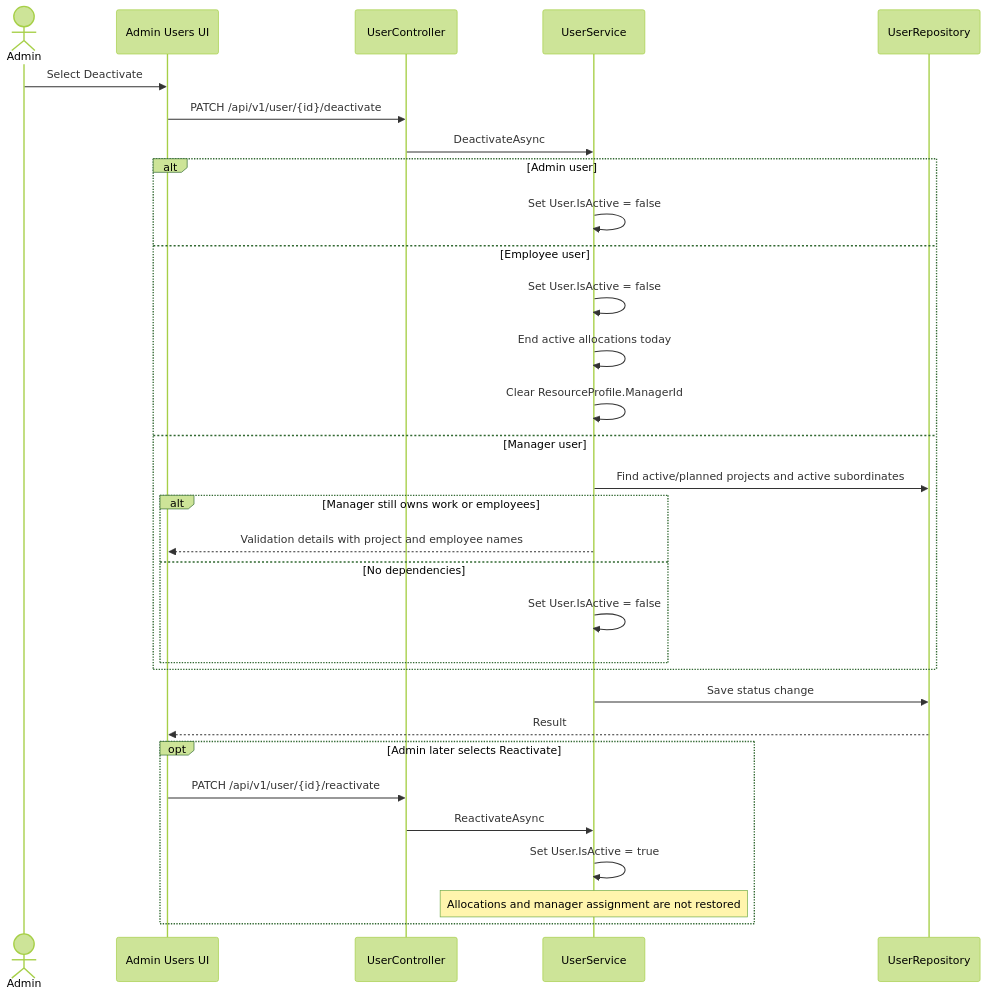
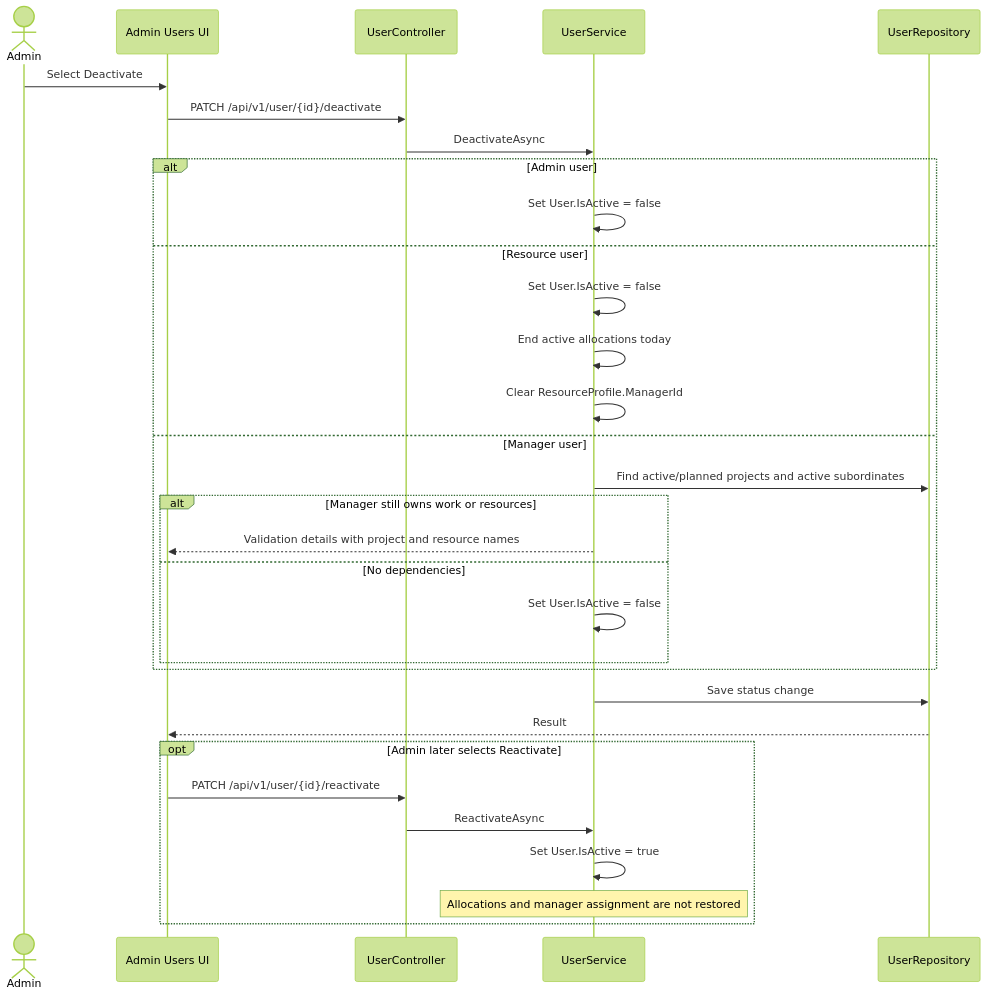
Before and after one commit to AayushGargITT/AayushGarg-LearnCode-2025-26: the tenth of 22 diagrams in ResourceMindAi/readme.md, drawn with Mermaid (forest theme). The commit also changed other lines of this file and 78 other files, not shown here.

First line of the commit message:
refactor: rename employee references to resource and refresh system documentation

````diff
--- a/ResourceMindAi/readme.md
+++ b/ResourceMindAi/readme.md
@@ -531,37 +736,37 @@
 ```mermaid
 sequenceDiagram
     actor Admin
     participant UI as Admin Users UI
     participant API as UserController
     participant Service as UserService
     participant Repo as UserRepository
 
     Admin->>UI: Select Deactivate
     UI->>API: PATCH /api/v1/user/{id}/deactivate
     API->>Service: DeactivateAsync
 
     alt Admin user
         Service->>Service: Set User.IsActive = false
-    else Employee user
+    else Resource user
         Service->>Service: Set User.IsActive = false
         Service->>Service: End active allocations today
         Service->>Service: Clear ResourceProfile.ManagerId
     else Manager user
         Service->>Repo: Find active/planned projects and active subordinates
-        alt Manager still owns work or employees
-            Service-->>UI: Validation details with project and employee names
+        alt Manager still owns work or resources
+            Service-->>UI: Validation details with project and resource names
         else No dependencies
             Service->>Service: Set User.IsActive = false
         end
     end
 
     Service->>Repo: Save status change
     Repo-->>UI: Result
 
     opt Admin later selects Reactivate
         UI->>API: PATCH /api/v1/user/{id}/reactivate
         API->>Service: ReactivateAsync
         Service->>Service: Set User.IsActive = true
         Note over Service: Allocations and manager assignment are not restored
     end
 ```
````
